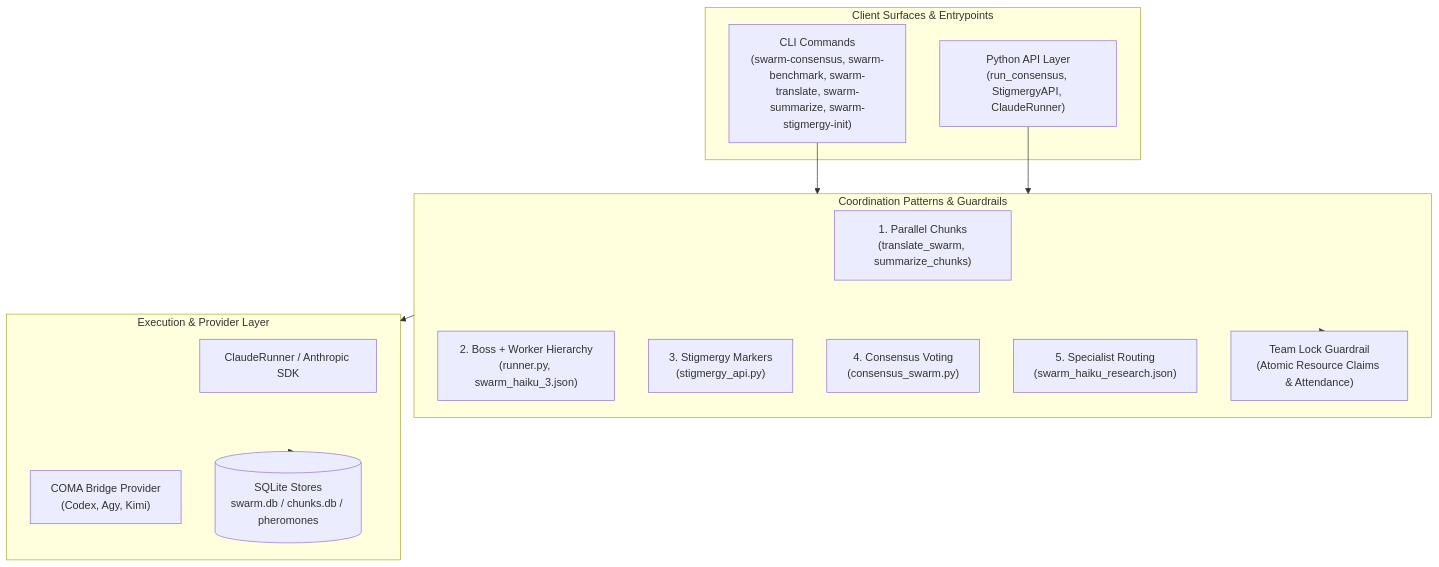
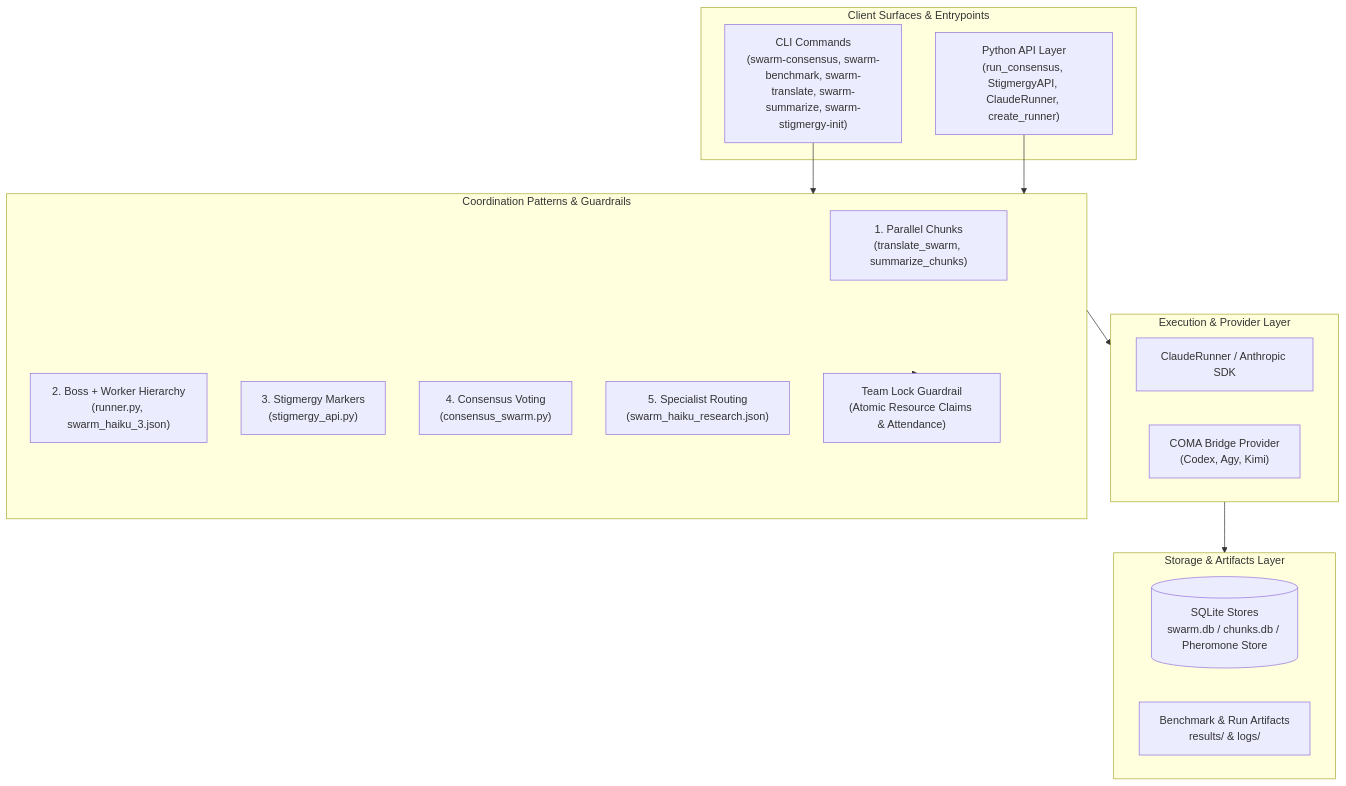
One commit to cschanhniem/swarm-ai changed the first of 2 diagrams in README.md. Above: the diagram before and after it, drawn with Mermaid. The commit also changed other lines of this file and 8 other files, not shown here.

Commit message:
docs: discoverability, visual architecture, bilingual parity & metadata contract (Pfad B)

````diff
--- a/README.md
+++ b/README.md
@@ -56,28 +61,32 @@
 ```mermaid
-graph TD
+flowchart TB
     subgraph Client["Client Surfaces & Entrypoints"]
         CLI["CLI Commands<br/>(swarm-consensus, swarm-benchmark, swarm-translate, swarm-summarize, swarm-stigmergy-init)"]
-        API["Python API Layer<br/>(run_consensus, StigmergyAPI, ClaudeRunner)"]
+        API["Python API Layer<br/>(run_consensus, StigmergyAPI, ClaudeRunner, create_runner)"]
     end
 
     subgraph Coordination["Coordination Patterns & Guardrails"]
         P1["1. Parallel Chunks<br/>(translate_swarm, summarize_chunks)"]
         P2["2. Boss + Worker Hierarchy<br/>(runner.py, swarm_haiku_3.json)"]
         P3["3. Stigmergy Markers<br/>(stigmergy_api.py)"]
         P4["4. Consensus Voting<br/>(consensus_swarm.py)"]
         P5["5. Specialist Routing<br/>(swarm_haiku_research.json)"]
         TL["Team Lock Guardrail<br/>(Atomic Resource Claims & Attendance)"]
     end
 
     subgraph Execution["Execution & Provider Layer"]
         CR["ClaudeRunner / Anthropic SDK"]
         COMA["COMA Bridge Provider<br/>(Codex, Agy, Kimi)"]
-        DB[(SQLite Stores<br/>swarm.db / chunks.db / pheromones)]
+    end
+
+    subgraph Storage["Storage & Artifacts Layer"]
+        DB[(SQLite Stores<br/>swarm.db / chunks.db / Pheromone Store)]
+        RES["Benchmark & Run Artifacts<br/>results/ & logs/"]
     end
 
     CLI --> Coordination
     API --> Coordination
     Coordination --> TL
     Coordination --> Execution
-    Execution --> DB
+    Execution --> Storage
 ```
````
